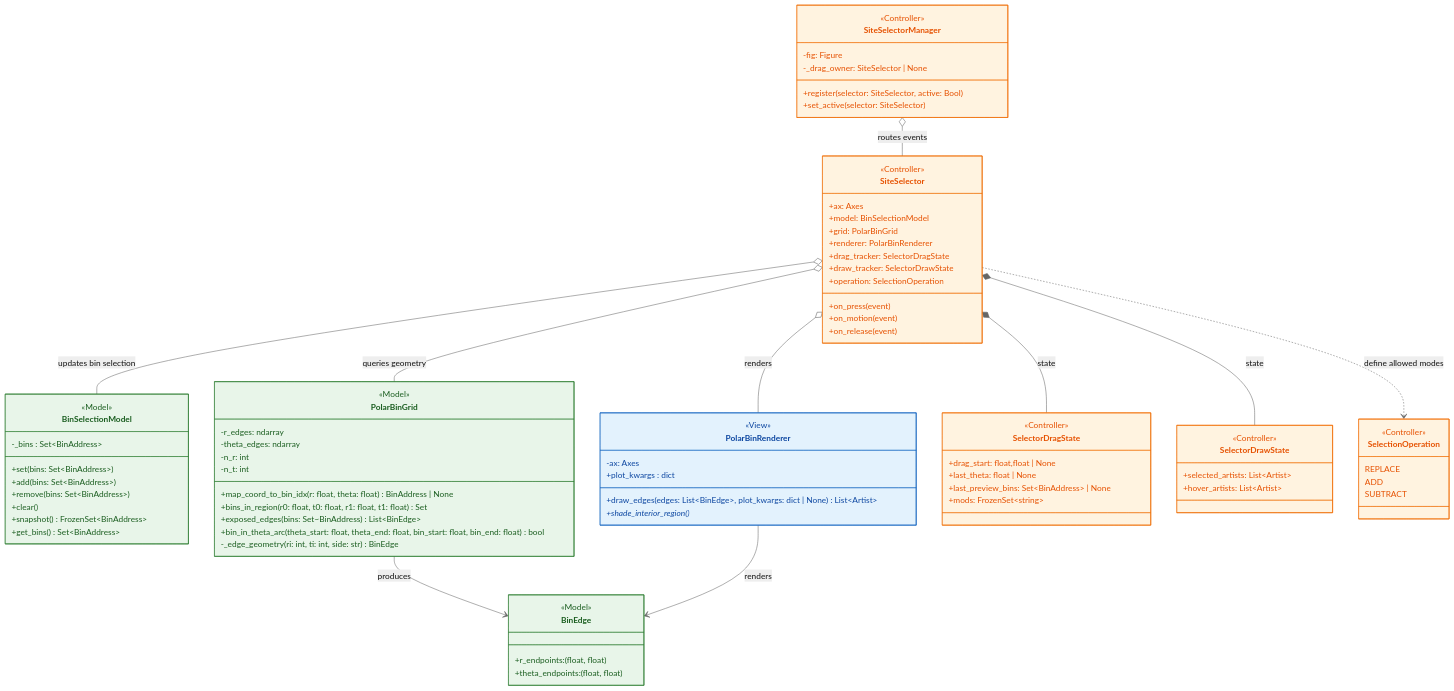
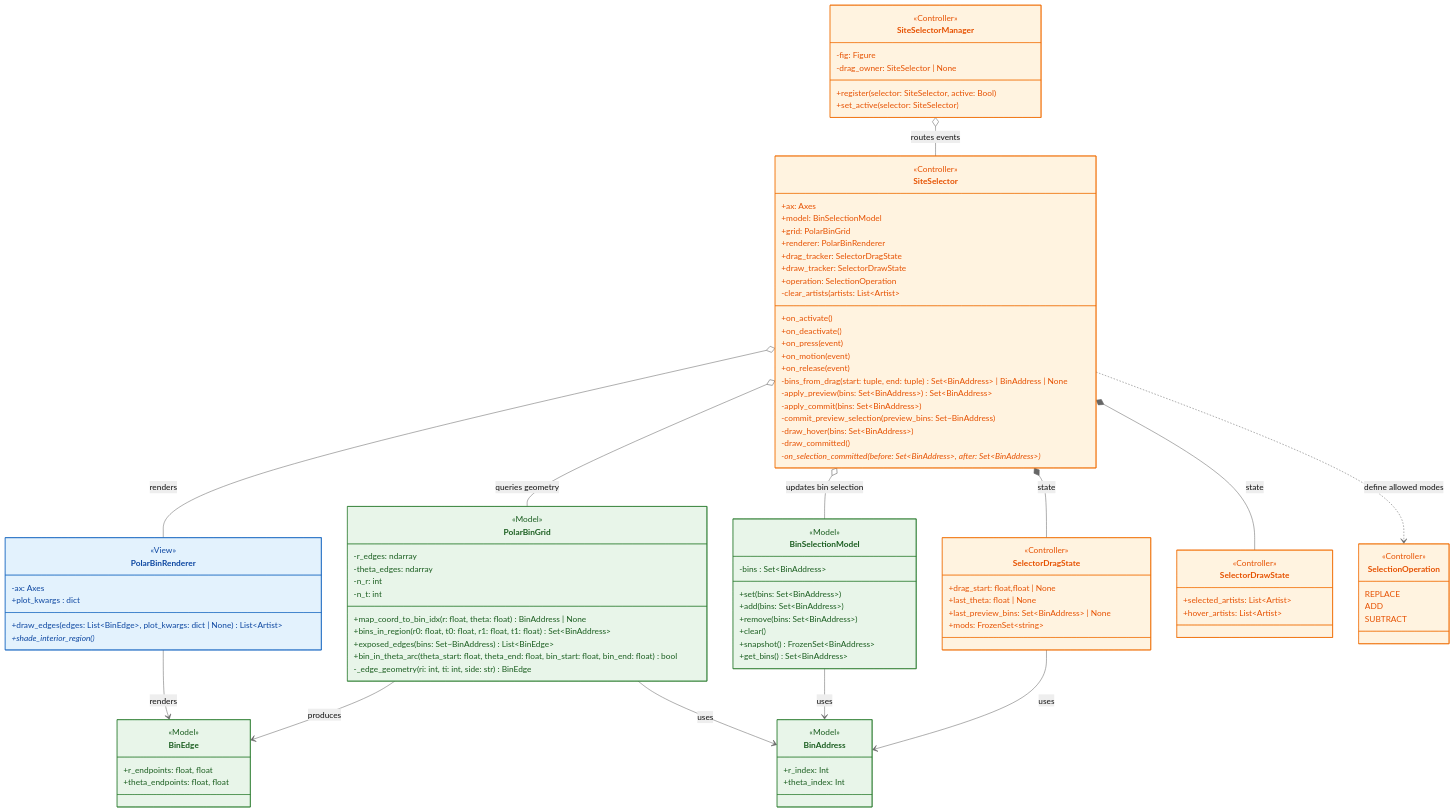
Before and after one commit to BranniganLab/density_threshold_affinity: the first of 2 diagrams in python/README.md, drawn with Mermaid (neutral theme).

Commit message:
Add BinAddress class and update related models

```diff
--- a/python/README.md
+++ b/python/README.md
@@ -48,6 +48,7 @@
 class BinSelectionModel:::model
 class PolarBinGrid:::model
 class BinEdge:::model
+class BinAddress:::model
 
 class PolarBinRenderer:::view
 
@@ -60,6 +61,7 @@
 <<Model>> BinSelectionModel
 <<Model>> PolarBinGrid
 <<Model>> BinEdge
+<<Model>> BinAddress
 
 <<View>> PolarBinRenderer
 
@@ -74,7 +76,7 @@
 %% Model
 %% =========================
 class BinSelectionModel {
-    -_bins : Set~BinAddress~
+    -bins : Set~BinAddress~
     +set(bins: Set~BinAddress~)
     +add(bins: Set~BinAddress~)
     +remove(bins: Set~BinAddress~)
@@ -89,15 +91,20 @@
     -n_r: int
     -n_t: int
     +map_coord_to_bin_idx(r: float, theta: float) BinAddress | None
-    +bins_in_region(r0: float, t0: float, r1: float, t1: float) Set
+    +bins_in_region(r0: float, t0: float, r1: float, t1: float) Set~BinAddress~
     +exposed_edges(bins: Set~BinAddress) List~BinEdge~
     +bin_in_theta_arc(theta_start: float, theta_end: float, bin_start: float, bin_end: float) bool
     -_edge_geometry(ri: int, ti: int, side: str) BinEdge
 }
 
 class BinEdge {
-    +r_endpoints: (float, float)
-    +theta_endpoints: (float, float)
+    +r_endpoints: float, float
+    +theta_endpoints: float, float
+}
+
+class BinAddress {
+    +r_index: Int
+    +theta_index: Int
 }
 
 %% =========================
@@ -142,14 +149,24 @@
     +drag_tracker: SelectorDragState
     +draw_tracker: SelectorDrawState
     +operation: SelectionOperation
+    +on_activate()
+    +on_deactivate()
     +on_press(event)
     +on_motion(event)
     +on_release(event)
+    -bins_from_drag(start: tuple, end: tuple) Set~BinAddress~ | BinAddress | None
+    -apply_preview(bins: Set~BinAddress~) Set~BinAddress~
+    -apply_commit(bins: Set~BinAddress~)
+    -commit_preview_selection(preview_bins: Set~BinAddress)
+    -draw_hover(bins: Set~BinAddress~)
+    -draw_committed()
+    -clear_artists(artists: List~Artist~
+    -on_selection_committed(before: Set~BinAddress~, after: Set~BinAddress~)*
 }
 
 class SiteSelectorManager {
     -fig: Figure
-    -_drag_owner: SiteSelector | None
+    -drag_owner: SiteSelector | None
     +register(selector: SiteSelector, active: Bool)
     +set_active(selector: SiteSelector)
 }
@@ -158,8 +175,12 @@
 %% Relationships
 %% =========================
 
+PolarBinRenderer --> BinEdge : renders
 PolarBinGrid --> BinEdge : produces
-PolarBinRenderer --> BinEdge : renders
+
+PolarBinGrid --> BinAddress : uses
+BinSelectionModel --> BinAddress : uses
+SelectorDragState --> BinAddress : uses
 
 SiteSelector o-- PolarBinGrid : queries geometry
 SiteSelector o-- BinSelectionModel : updates bin selection
```
